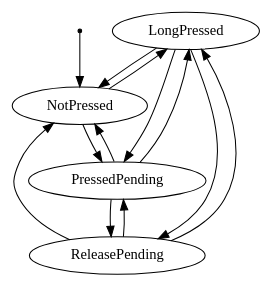
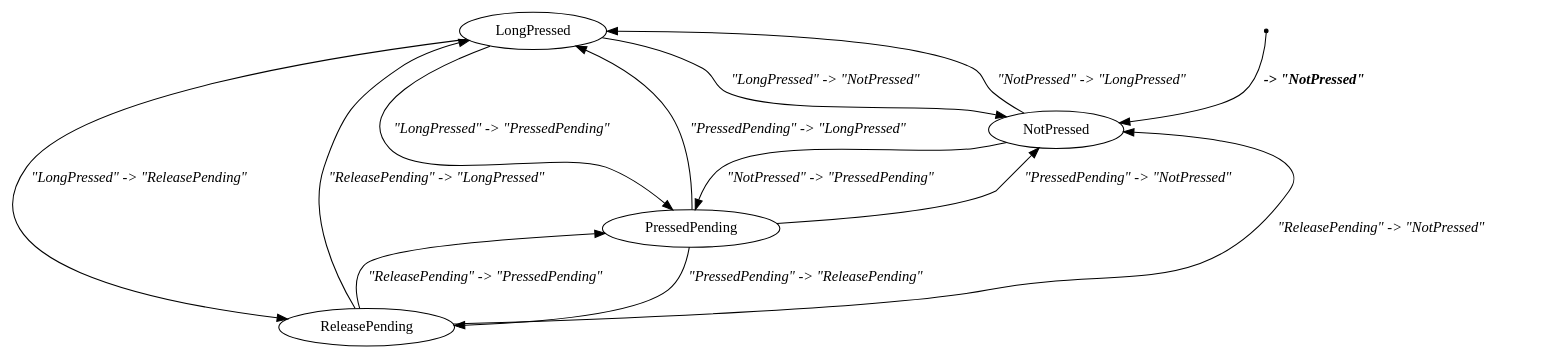
Before and after one commit to kieranjwhite/calendar_mirror: the diagram in docs/long_press_button_stm.dot, drawn with Graphviz. The commit also changed 8 other files, not shown here.

```diff
--- a/docs/long_press_button_stm.dot
+++ b/docs/long_press_button_stm.dot
@@ -1,19 +1,19 @@
 digraph long_press_button_stm {
     LongPressed[label="LongPressed"][shape="ellipse"];
     NotPressed[label="NotPressed"][shape="ellipse"];
     PressedPending[label="PressedPending"][shape="ellipse"];
     ReleasePending[label="ReleasePending"][shape="ellipse"];
     _start[label="_start"][shape="point"];
-    _start -> NotPressed[label=""];
-    ReleasePending -> NotPressed[label=""];
-    PressedPending -> NotPressed[label=""];
-    LongPressed -> NotPressed[label=""];
-    PressedPending -> ReleasePending[label=""];
-    LongPressed -> ReleasePending[label=""];
-    NotPressed -> PressedPending[label=""];
-    ReleasePending -> PressedPending[label=""];
-    LongPressed -> PressedPending[label=""];
-    NotPressed -> LongPressed[label=""];
-    ReleasePending -> LongPressed[label=""];
-    PressedPending -> LongPressed[label=""];
+    _start -> NotPressed[label=<<TABLE BORDER="0"><TR><TD><B><I> -&gt; "NotPressed"</I></B></TD></TR></TABLE>>];
+    ReleasePending -> NotPressed[label=<<TABLE BORDER="0"><TR><TD><I>"ReleasePending" -&gt; "NotPressed"</I></TD></TR></TABLE>>];
+    PressedPending -> NotPressed[label=<<TABLE BORDER="0"><TR><TD><I>"PressedPending" -&gt; "NotPressed"</I></TD></TR></TABLE>>];
+    LongPressed -> NotPressed[label=<<TABLE BORDER="0"><TR><TD><I>"LongPressed" -&gt; "NotPressed"</I></TD></TR></TABLE>>];
+    PressedPending -> ReleasePending[label=<<TABLE BORDER="0"><TR><TD><I>"PressedPending" -&gt; "ReleasePending"</I></TD></TR></TABLE>>];
+    LongPressed -> ReleasePending[label=<<TABLE BORDER="0"><TR><TD><I>"LongPressed" -&gt; "ReleasePending"</I></TD></TR></TABLE>>];
+    NotPressed -> PressedPending[label=<<TABLE BORDER="0"><TR><TD><I>"NotPressed" -&gt; "PressedPending"</I></TD></TR></TABLE>>];
+    ReleasePending -> PressedPending[label=<<TABLE BORDER="0"><TR><TD><I>"ReleasePending" -&gt; "PressedPending"</I></TD></TR></TABLE>>];
+    LongPressed -> PressedPending[label=<<TABLE BORDER="0"><TR><TD><I>"LongPressed" -&gt; "PressedPending"</I></TD></TR></TABLE>>];
+    NotPressed -> LongPressed[label=<<TABLE BORDER="0"><TR><TD><I>"NotPressed" -&gt; "LongPressed"</I></TD></TR></TABLE>>];
+    ReleasePending -> LongPressed[label=<<TABLE BORDER="0"><TR><TD><I>"ReleasePending" -&gt; "LongPressed"</I></TD></TR></TABLE>>];
+    PressedPending -> LongPressed[label=<<TABLE BORDER="0"><TR><TD><I>"PressedPending" -&gt; "LongPressed"</I></TD></TR></TABLE>>];
 }
```
